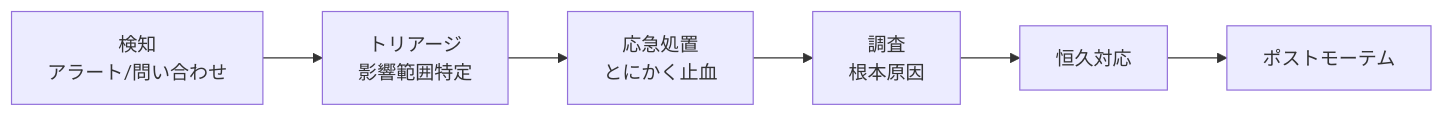
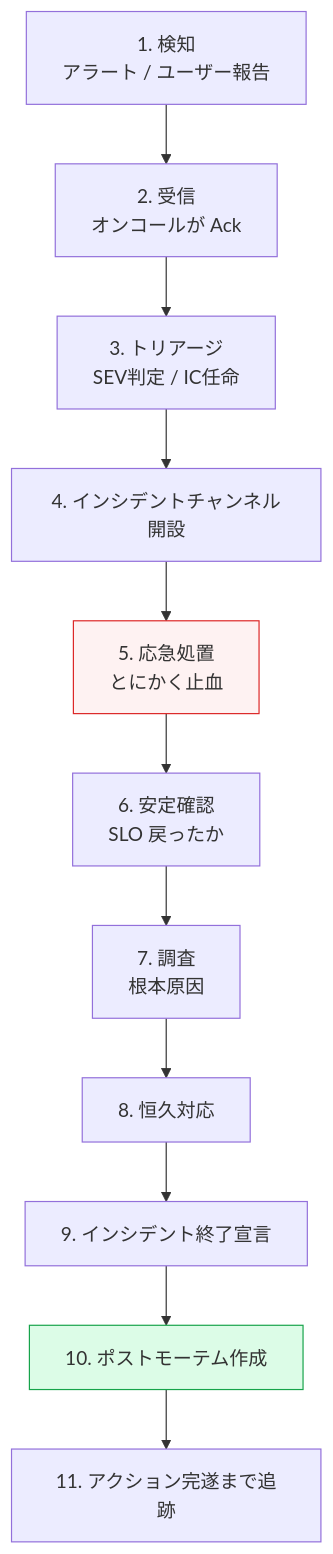
One commit to swallowsaba/introduction-k8s changed the first of 8 diagrams in docs/11-sre/incident.md. Above: the diagram before and after it, drawn with Mermaid. The commit also changed other lines of this file and 5 other files, not shown here.

````diff
--- a/docs/11-sre/incident.md
+++ b/docs/11-sre/incident.md
@@ -22,8 +153,16 @@
 ```mermaid
-flowchart LR
-    detect[検知<br>アラート/問い合わせ] --> triage[トリアージ<br>影響範囲特定]
-    triage --> mitigate[応急処置<br>とにかく止血]
-    mitigate --> investigate[調査<br>根本原因]
-    investigate --> fix[恒久対応]
-    fix --> postmortem[ポストモーテム]
+flowchart TB
+    detect[1. 検知<br>アラート / ユーザー報告] --> ack[2. 受信<br>オンコールが Ack]
+    ack --> triage[3. トリアージ<br>SEV判定 / IC任命]
+    triage --> ch[4. インシデントチャンネル開設]
+    ch --> mitigate[5. 応急処置<br>とにかく止血]
+    mitigate --> stable[6. 安定確認<br>SLO 戻ったか]
+    stable --> investigate[7. 調査<br>根本原因]
+    investigate --> fix[8. 恒久対応]
+    fix --> close[9. インシデント終了宣言]
+    close --> pm[10. ポストモーテム作成]
+    pm --> followup[11. アクション完遂まで追跡]
+
+    style mitigate fill:#fef2f2,stroke:#dc2626
+    style pm fill:#dcfce7,stroke:#16a34a
 ```
````
